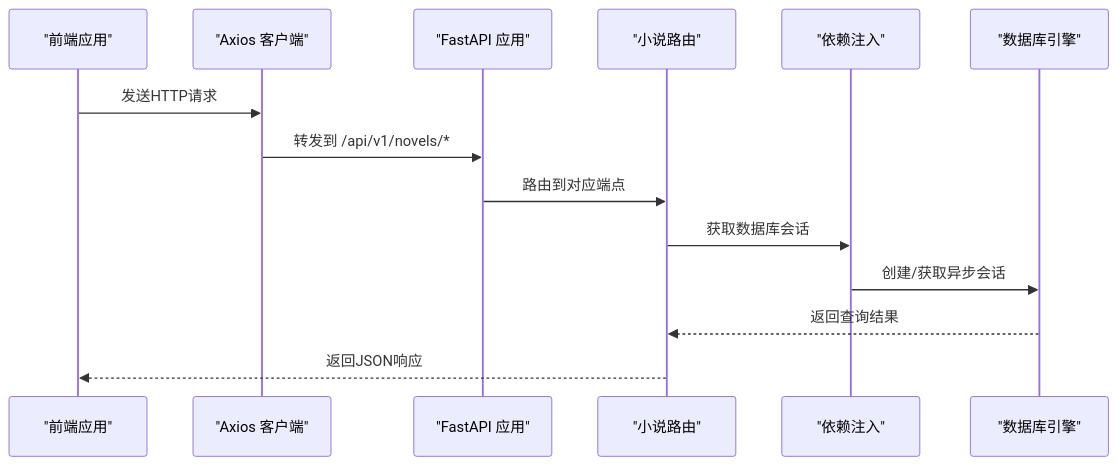
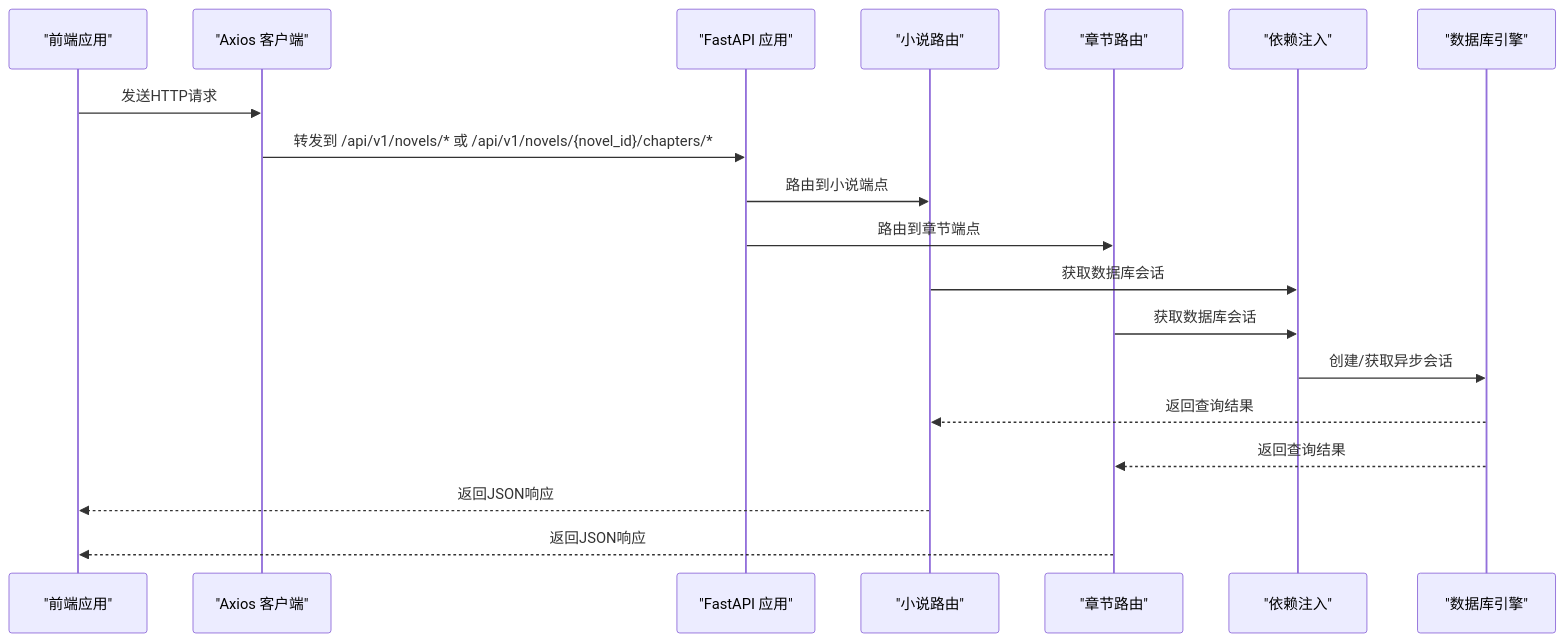
Before and after one commit to xfbyxq/ai-novel-system: the second of 7 diagrams in .qoder/repowiki/zh/content/API接口文档/小说管理API.md, drawn with Mermaid. The commit also changed other lines of this file and 84 other files, not shown here.

````diff
--- a/.qoder/repowiki/zh/content/API接口文档/小说管理API.md
+++ b/.qoder/repowiki/zh/content/API接口文档/小说管理API.md
@@ -112,16 +136,21 @@
 ```mermaid
 sequenceDiagram
 participant FE as "前端应用"
 participant AX as "Axios 客户端"
 participant API as "FastAPI 应用"
-participant R as "小说路由"
+participant NR as "小说路由"
+participant CR as "章节路由"
 participant DEP as "依赖注入"
 participant DB as "数据库引擎"
 FE->>AX : 发送HTTP请求
-AX->>API : 转发到 /api/v1/novels/*
-API->>R : 路由到对应端点
-R->>DEP : 获取数据库会话
+AX->>API : 转发到 /api/v1/novels/* 或 /api/v1/novels/{novel_id}/chapters/*
+API->>NR : 路由到小说端点
+API->>CR : 路由到章节端点
+NR->>DEP : 获取数据库会话
+CR->>DEP : 获取数据库会话
 DEP->>DB : 创建/获取异步会话
-DB-->>R : 返回查询结果
-R-->>FE : 返回JSON响应
+DB-->>NR : 返回查询结果
+DB-->>CR : 返回查询结果
+NR-->>FE : 返回JSON响应
+CR-->>FE : 返回JSON响应
 ```
````
